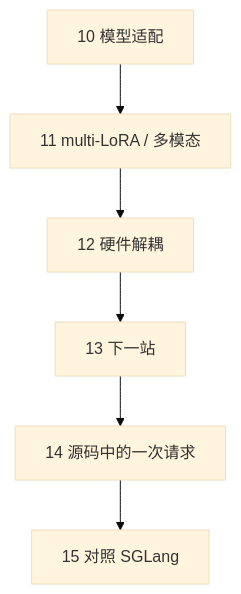
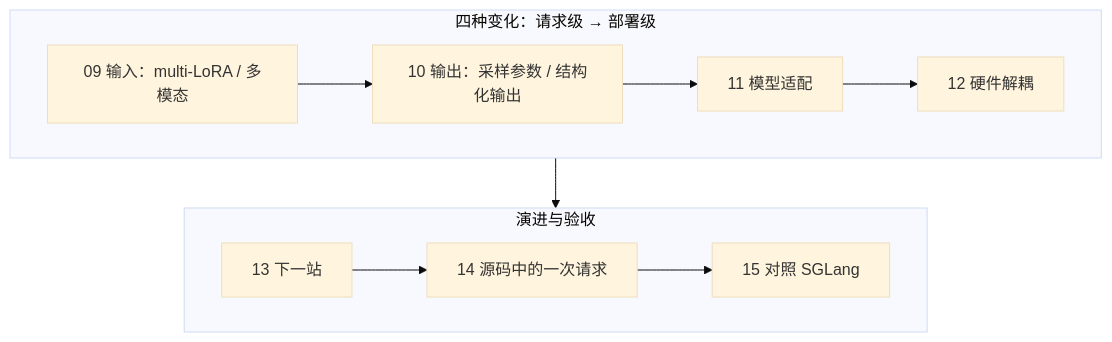
Before and after one commit to arganzheng/arganzheng.github.com: the third of 3 diagrams in slides/2026-08-25-deep-dive-into-vllm.md, drawn with Mermaid (base theme). The commit also changed other lines of this file and 20 other files, not shown here.

````diff
--- a/slides/2026-08-25-deep-dive-into-vllm.md
+++ b/slides/2026-08-25-deep-dive-into-vllm.md
@@ -66,6 +66,13 @@
 ```mermaid
 %%{init: {"flowchart": {"wrappingWidth": 190}}}%%
 flowchart TB
-    J["10 模型适配"] --> K["11 multi-LoRA / 多模态"] --> L["12 硬件解耦"]
-    L --> M["13 下一站"] --> N["14 源码中的一次请求"] --> O["15 对照 SGLang"]
+    subgraph R1["四种变化：请求级 → 部署级"]
+        direction LR
+        J["09 输入：multi-LoRA / 多模态"] --> K["10 输出：采样参数 / 结构化输出"] --> L["11 模型适配"] --> L2["12 硬件解耦"]
+    end
+    subgraph R2["演进与验收"]
+        direction LR
+        M["13 下一站"] --> N["14 源码中的一次请求"] --> O["15 对照 SGLang"]
+    end
+    R1 --> R2
 ```
````
